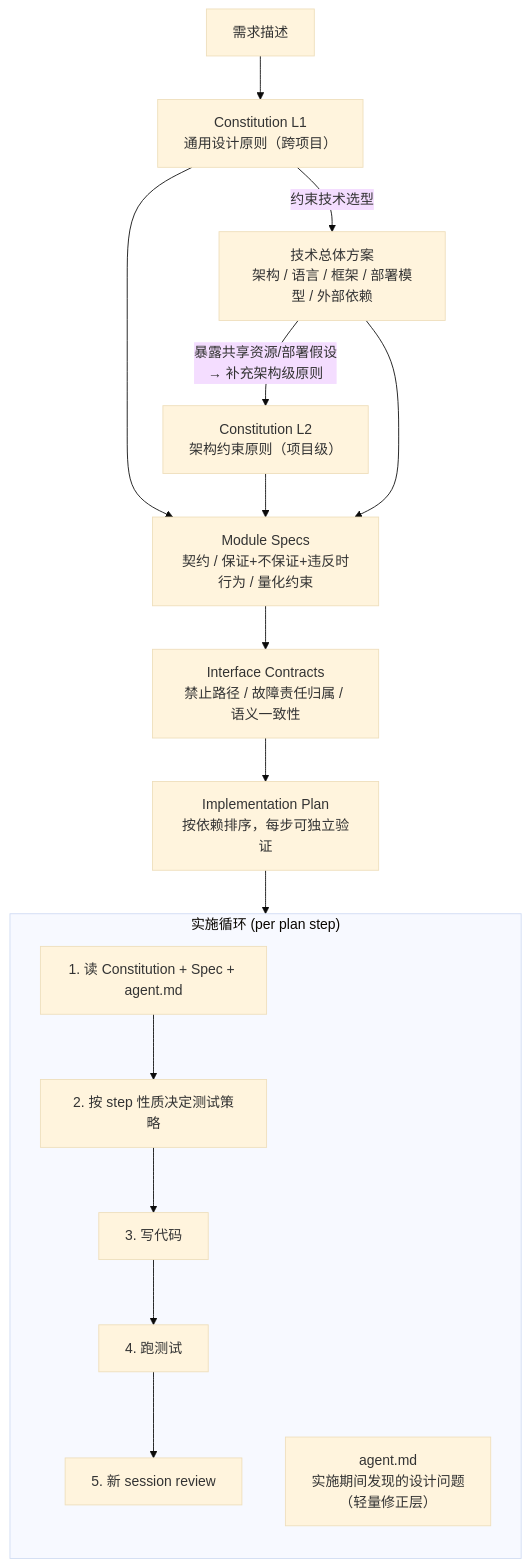
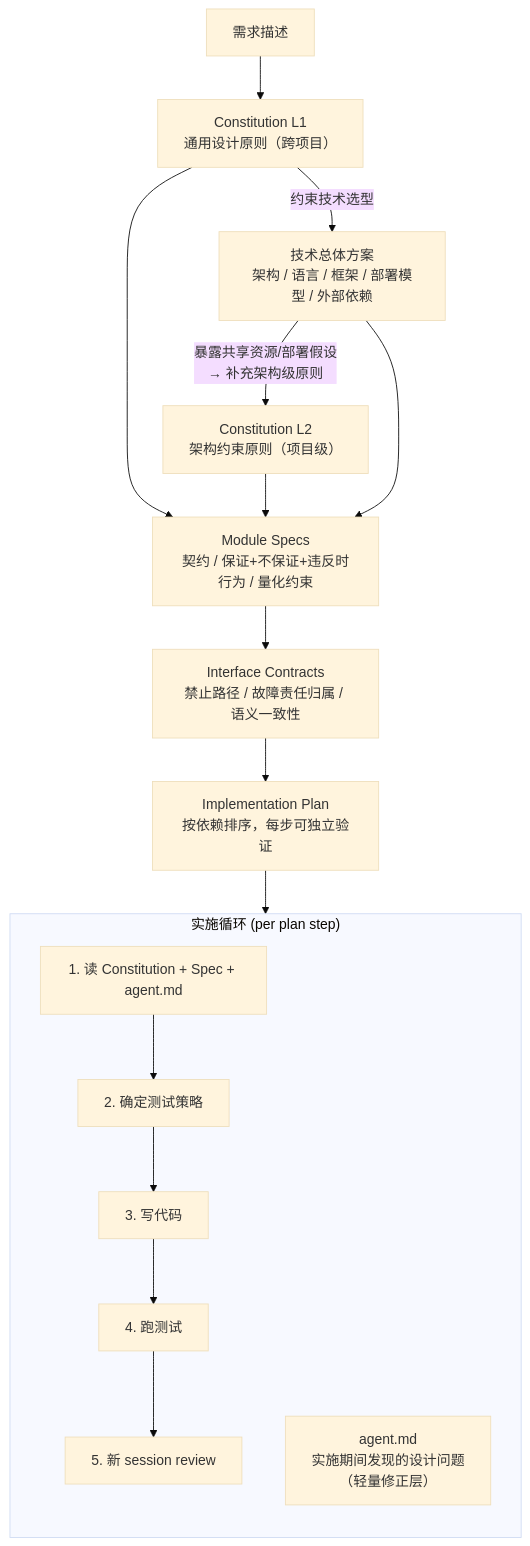
The diagram in docs/_archive/code-generation-workflow.md (Neutrino1998/artifact-flow), drawn with Mermaid (base theme) before and after one commit. The commit also changed other lines of this file, not shown here.

````diff
--- a/docs/_archive/code-generation-workflow.md
+++ b/docs/_archive/code-generation-workflow.md
@@ -40,30 +36,30 @@
 ```mermaid
 flowchart TD
     REQ["需求描述"]
     C1["Constitution L1\n通用设计原则（跨项目）"]
     TECH["技术总体方案\n架构 / 语言 / 框架 / 部署模型 / 外部依赖"]
     C2["Constitution L2\n架构约束原则（项目级）"]
     SPEC["Module Specs\n契约 / 保证+不保证+违反时行为 / 量化约束"]
     IFACE["Interface Contracts\n禁止路径 / 故障责任归属 / 语义一致性"]
     PLAN["Implementation Plan\n按依赖排序，每步可独立验证"]
 
     REQ --> C1
     C1 -->|"约束技术选型"| TECH
     TECH -->|"暴露共享资源/部署假设\n→ 补充架构级原则"| C2
     C1 & C2 --> SPEC
     TECH --> SPEC
     SPEC --> IFACE
     IFACE --> PLAN
     PLAN --> LOOP
 
     subgraph LOOP["实施循环 (per plan step)"]
         direction TB
         S1["1. 读 Constitution + Spec + agent.md"]
-        S2["2. 按 step 性质决定测试策略"]
+        S2["2. 确定测试策略"]
         S3["3. 写代码"]
         S4["4. 跑测试"]
         S5["5. 新 session review"]
         S1 --> S2 --> S3 --> S4 --> S5
         AGENT["agent.md\n实施期间发现的设计问题\n（轻量修正层）"]
     end
 ```
````
